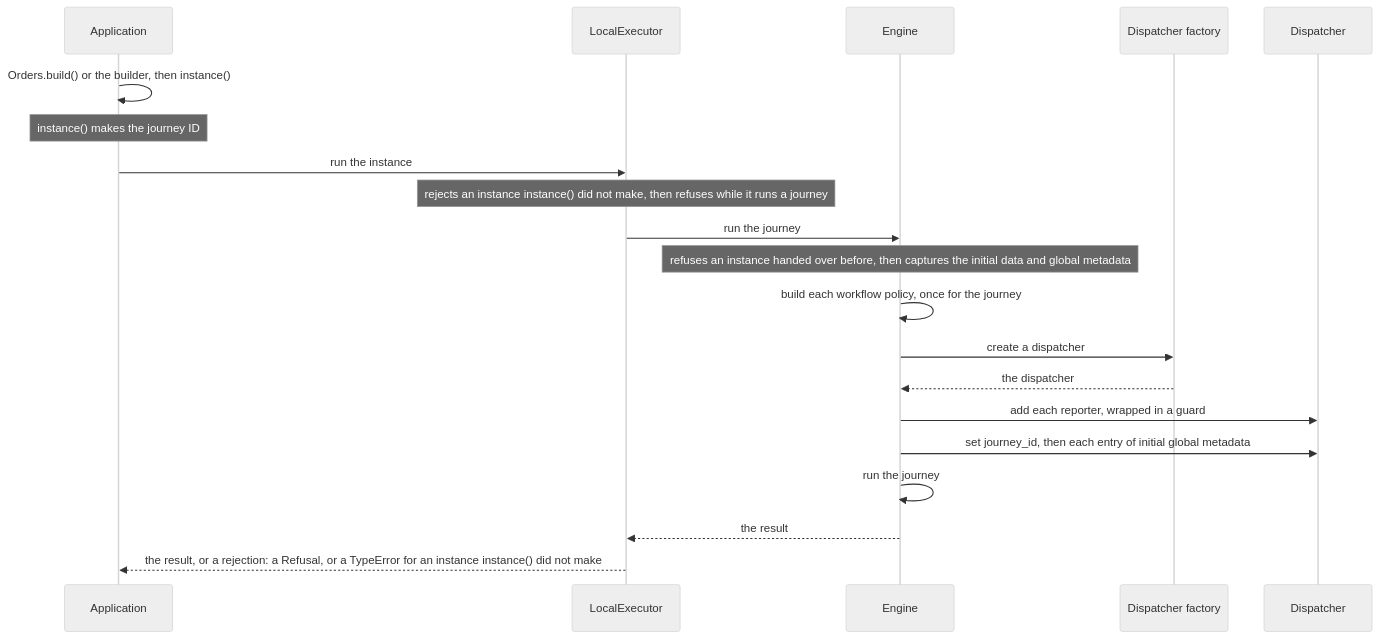
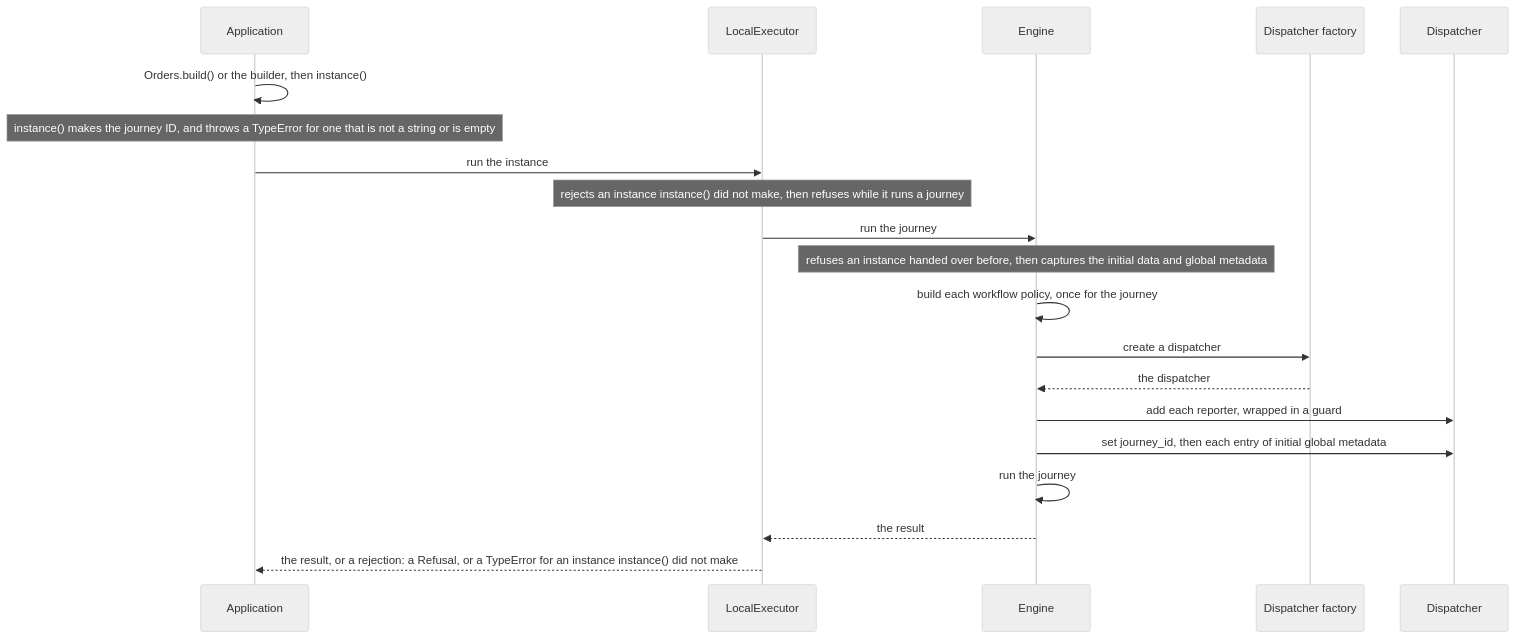
One commit to itinera-dev/itinera-ts changed the sixth of 12 diagrams in docs/architecture.md. Above: the diagram before and after it, drawn with Mermaid (neutral theme). The commit also changed other lines of this file and 57 other files, not shown here.

````diff
--- a/docs/architecture.md
+++ b/docs/architecture.md
@@ -166,24 +166,24 @@
 ```mermaid
 sequenceDiagram
     accTitle: From a declaration to a journey's result
-    accDescr: The application builds the workflow object and makes an instance, whose creation makes the journey ID. The executor rejects an instance that instance() did not make, and refuses a run while it runs a journey. The engine refuses an instance handed over before, captures the initial data and global metadata, builds each workflow policy, creates a dispatcher, adds each reporter wrapped in a guard, and sets the journey ID and then the initial global metadata, any of which can refuse the instance. Then it runs the journey and the executor resolves to its result, or rejects with a Refusal, or with a TypeError for an instance instance() did not make.
+    accDescr: The application builds the workflow object and makes an instance, whose creation makes the journey ID, and throws a TypeError for an ID that is not a string or is empty. The executor rejects an instance that instance() did not make, and refuses a run while it runs a journey. The engine refuses an instance handed over before, captures the initial data and global metadata, builds each workflow policy, creates a dispatcher, adds each reporter wrapped in a guard, and sets the journey ID and then the initial global metadata, any of which can refuse the instance. Then it runs the journey and the executor resolves to its result, or rejects with a Refusal, or with a TypeError for an instance instance() did not make.
     participant App as Application
     participant Exec as LocalExecutor
     participant Engine as Engine
     participant Factory as Dispatcher factory
     participant Dispatcher as Dispatcher
     App->>App: Orders.build() or the builder, then instance()
-    Note over App: instance() makes the journey ID
+    Note over App: instance() makes the journey ID, and throws a TypeError for one that is not a string or is empty
     App->>Exec: run the instance
     Note over Exec: rejects an instance instance() did not make, then refuses while it runs a journey
     Exec->>Engine: run the journey
     Note over Engine: refuses an instance handed over before, then captures the initial data and global metadata
     Engine->>Engine: build each workflow policy, once for the journey
     Engine->>Factory: create a dispatcher
     Factory-->>Engine: the dispatcher
     Engine->>Dispatcher: add each reporter, wrapped in a guard
     Engine->>Dispatcher: set journey_id, then each entry of initial global metadata
     Engine->>Engine: run the journey
     Engine-->>Exec: the result
     Exec-->>App: the result, or a rejection: a Refusal, or a TypeError for an instance instance() did not make
 ```
````
